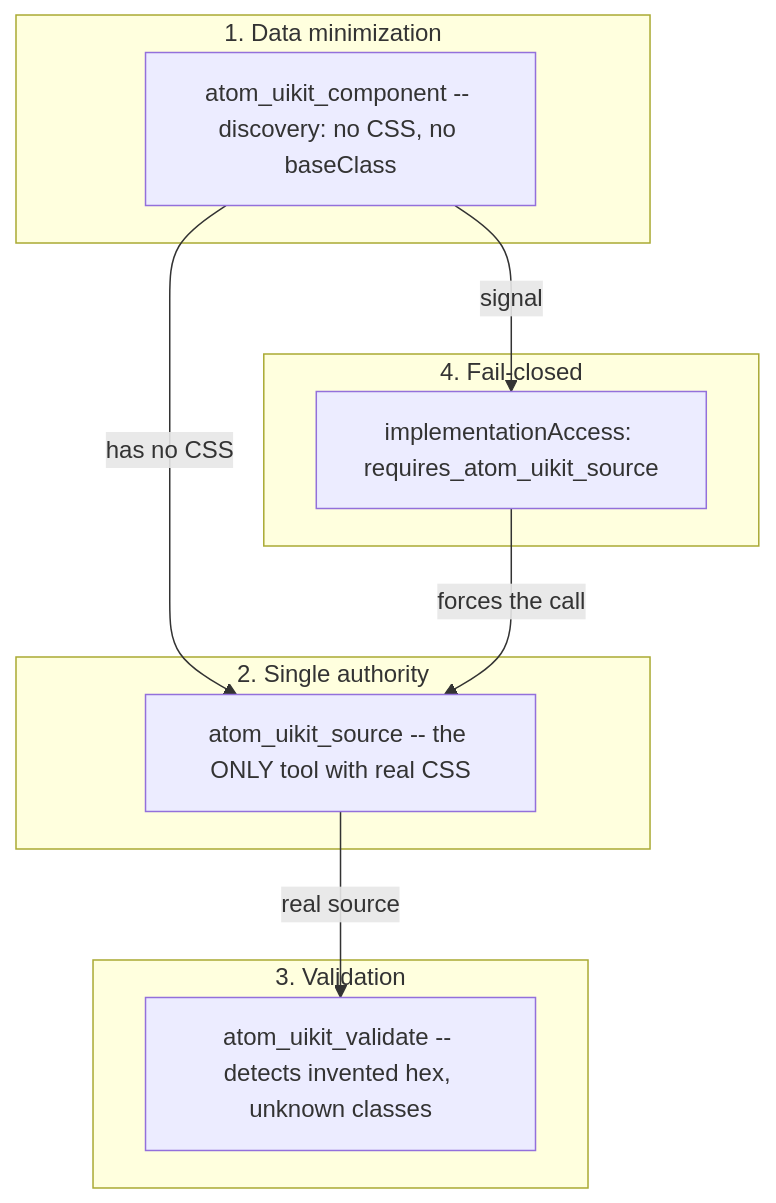
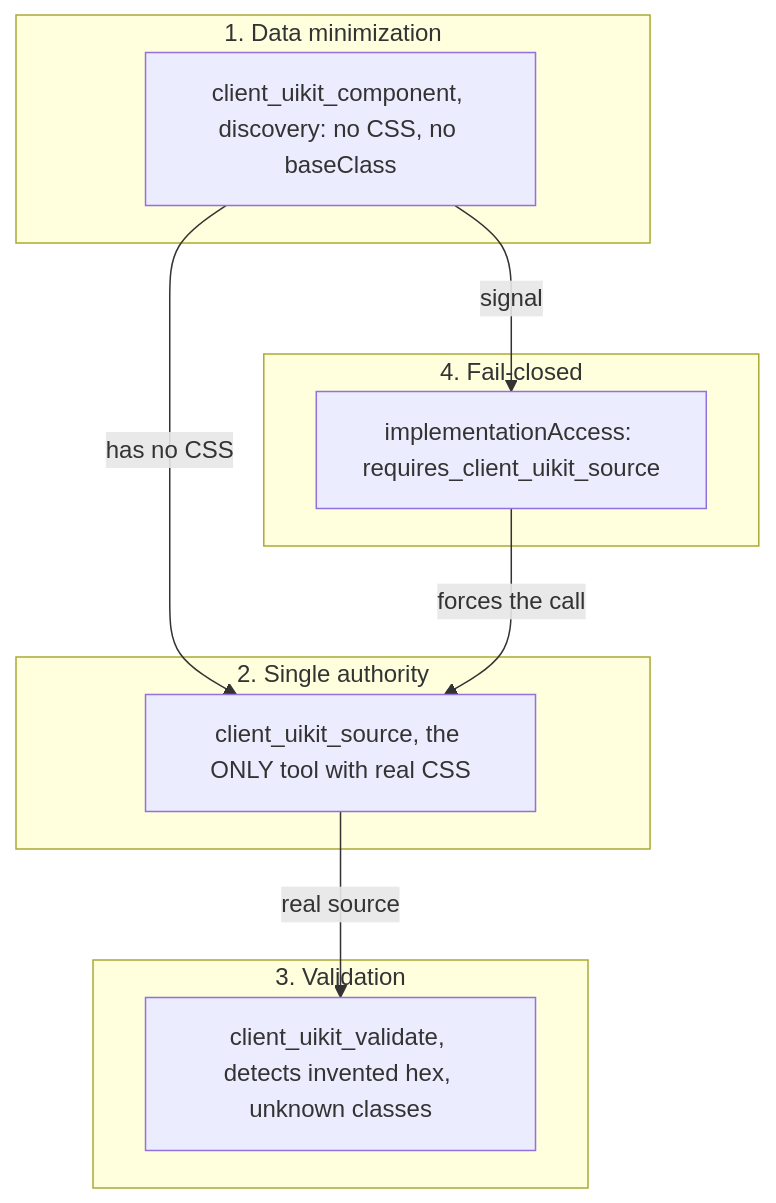
One commit to karenrebecag/Portfolio2026 changed the third of 6 diagrams in apps/web/src/content/projects/design-system-ships-itself-en.md. Above: the diagram before and after it, drawn with Mermaid. The commit also changed other lines of this file and 2 other files, not shown here.

First line of the commit message:
docs(portfolio): sync design-system case study and anonymize client

````diff
--- a/apps/web/src/content/projects/design-system-ships-itself-en.md
+++ b/apps/web/src/content/projects/design-system-ships-itself-en.md
@@ -253,19 +256,19 @@
 ```mermaid Anti-hallucination in four layers
 graph TD
   subgraph L1["1. Data minimization"]
-    COMP["atom_uikit_component -- discovery: no CSS, no baseClass"]
+    COMP["client_uikit_component, discovery: no CSS, no baseClass"]
   end
   subgraph L2["2. Single authority"]
-    SRC["atom_uikit_source -- the ONLY tool with real CSS"]
+    SRC["client_uikit_source, the ONLY tool with real CSS"]
   end
   subgraph L3["3. Validation"]
-    VAL["atom_uikit_validate -- detects invented hex, unknown classes"]
+    VAL["client_uikit_validate, detects invented hex, unknown classes"]
   end
   subgraph L4["4. Fail-closed"]
-    GUARD["implementationAccess: requires_atom_uikit_source"]
+    GUARD["implementationAccess: requires_client_uikit_source"]
   end
   COMP -->|has no CSS| SRC
   COMP -->|signal| GUARD
   GUARD -->|forces the call| SRC
   SRC -->|real source| VAL
 ```
````
